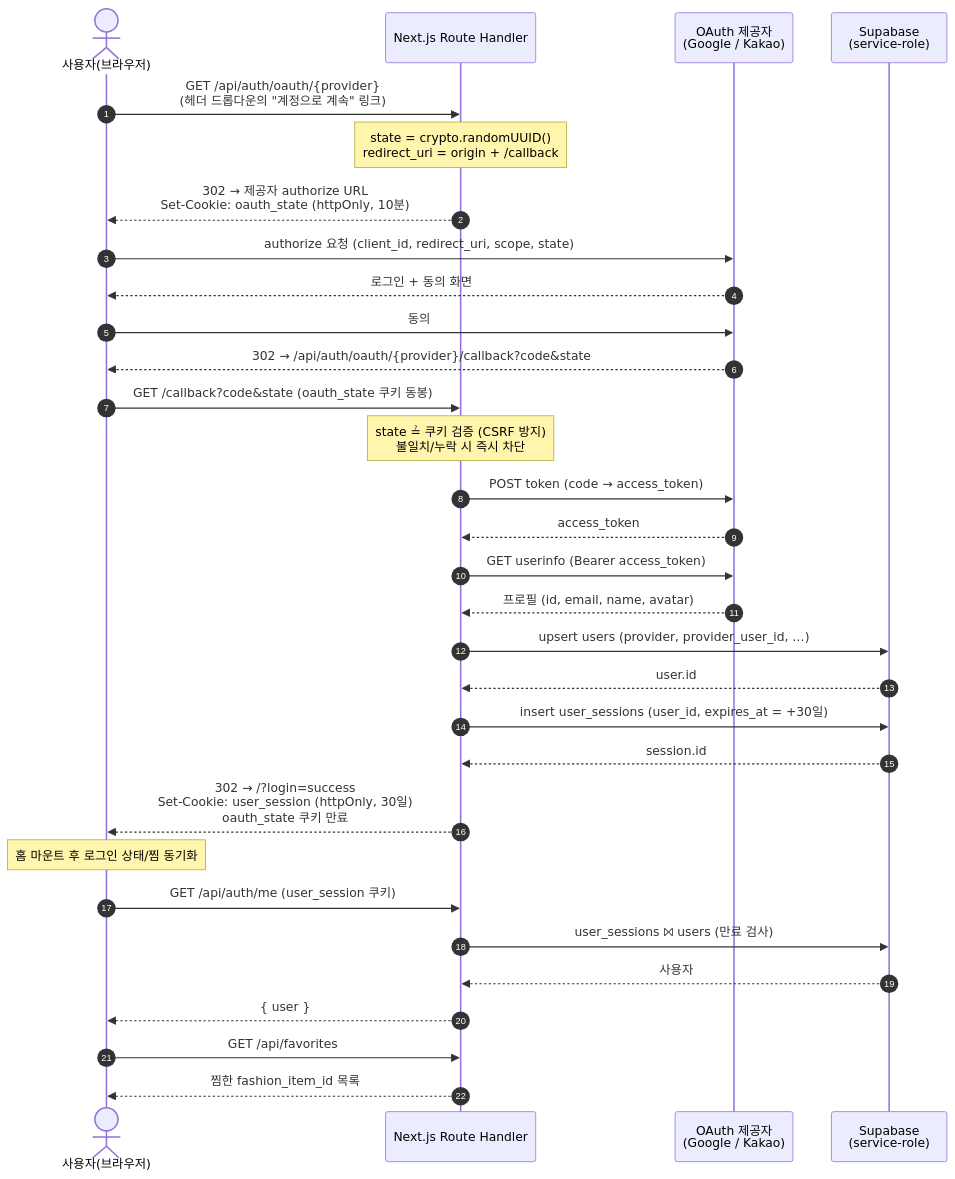
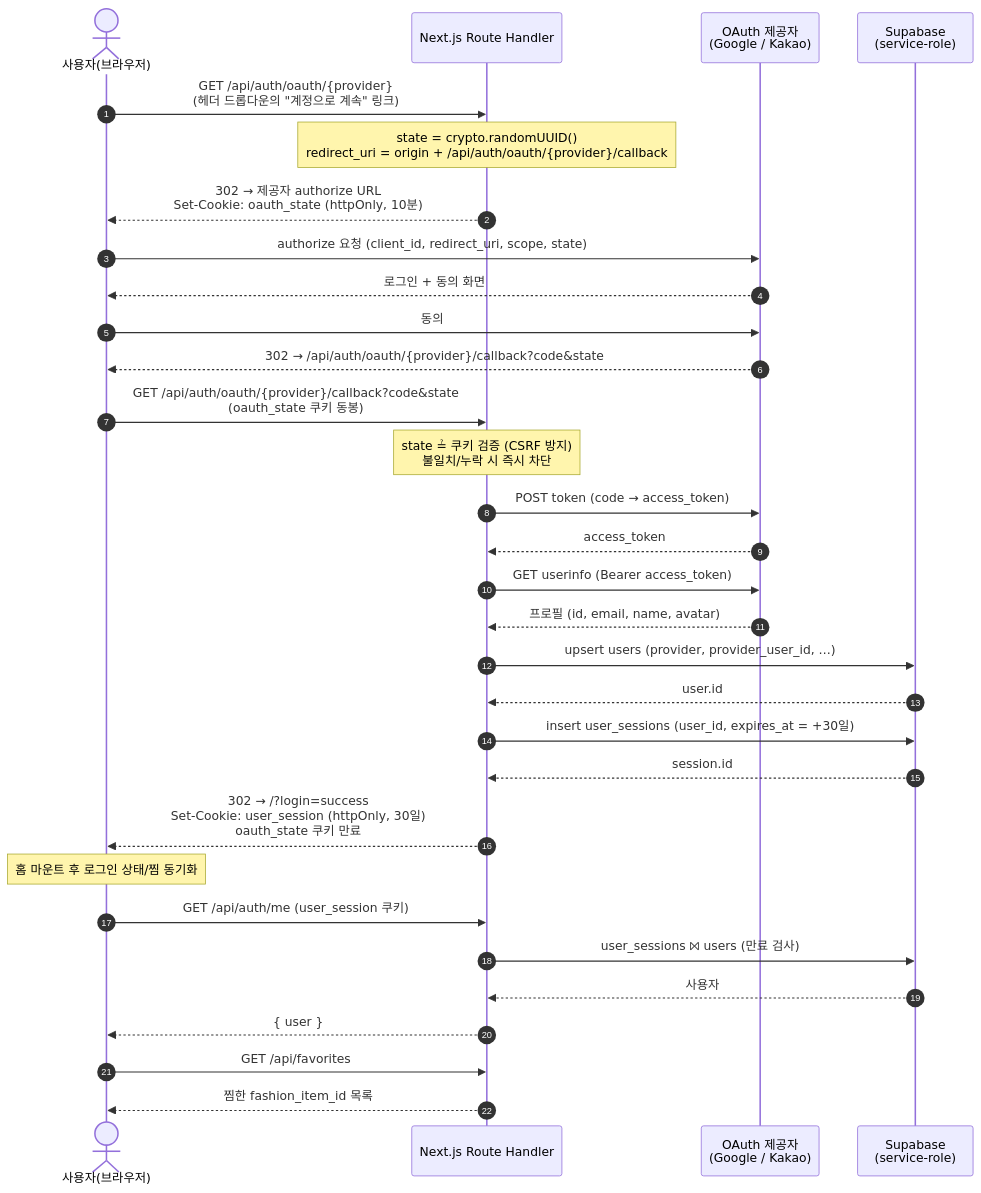
The first of 2 diagrams in docs/oauth-login-sequence.md (jameskim9509/Fashion-Recommendation-Web-App), drawn with Mermaid before and after one commit.

Commit message:
docs: 시퀀스 다이어그램 콜백 경로를 전체 경로로 통일

````diff
--- a/docs/oauth-login-sequence.md
+++ b/docs/oauth-login-sequence.md
@@ -13,38 +13,38 @@
 ```mermaid
 sequenceDiagram
     autonumber
     actor U as 사용자(브라우저)
     participant A as Next.js Route Handler
     participant P as OAuth 제공자<br/>(Google / Kakao)
     participant DB as Supabase<br/>(service-role)
 
     U->>A: GET /api/auth/oauth/{provider}<br/>(헤더 드롭다운의 "계정으로 계속" 링크)
-    Note over A: state = crypto.randomUUID()<br/>redirect_uri = origin + /callback
+    Note over A: state = crypto.randomUUID()<br/>redirect_uri = origin + /api/auth/oauth/{provider}/callback
     A-->>U: 302 → 제공자 authorize URL<br/>Set-Cookie: oauth_state (httpOnly, 10분)
 
     U->>P: authorize 요청 (client_id, redirect_uri, scope, state)
     P-->>U: 로그인 + 동의 화면
     U->>P: 동의
     P-->>U: 302 → /api/auth/oauth/{provider}/callback?code&state
 
-    U->>A: GET /callback?code&state (oauth_state 쿠키 동봉)
+    U->>A: GET /api/auth/oauth/{provider}/callback?code&state<br/>(oauth_state 쿠키 동봉)
     Note over A: state ≟ 쿠키 검증 (CSRF 방지)<br/>불일치/누락 시 즉시 차단
     A->>P: POST token (code → access_token)
     P-->>A: access_token
     A->>P: GET userinfo (Bearer access_token)
     P-->>A: 프로필 (id, email, name, avatar)
 
     A->>DB: upsert users (provider, provider_user_id, …)
     DB-->>A: user.id
     A->>DB: insert user_sessions (user_id, expires_at = +30일)
     DB-->>A: session.id
     A-->>U: 302 → /?login=success<br/>Set-Cookie: user_session (httpOnly, 30일)<br/>oauth_state 쿠키 만료
 
     Note over U: 홈 마운트 후 로그인 상태/찜 동기화
     U->>A: GET /api/auth/me (user_session 쿠키)
     A->>DB: user_sessions ⨝ users (만료 검사)
     DB-->>A: 사용자
     A-->>U: { user }
     U->>A: GET /api/favorites
     A-->>U: 찜한 fashion_item_id 목록
 ```
````
